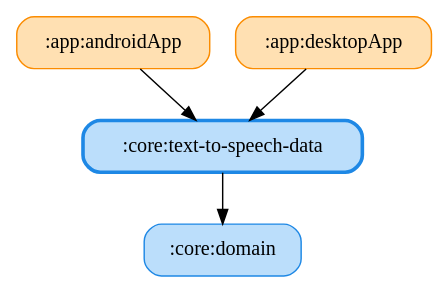
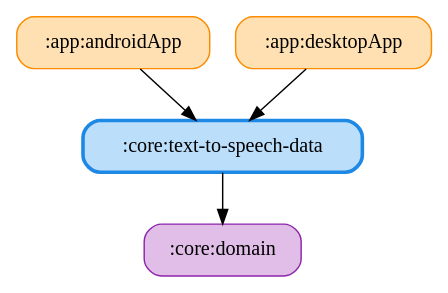
One commit to ai-kurou/KoDriver changed the diagram in docs/graphs/core-text-to-speech-data.gv. Above: the diagram before and after it, drawn with Graphviz. The commit also changed 135 other files, not shown here.

Commit message:
chore: update module graph images

```diff
--- a/docs/graphs/core-text-to-speech-data.gv
+++ b/docs/graphs/core-text-to-speech-data.gv
@@ -1,11 +1,11 @@
 digraph G {
   rankdir=TB
   node [shape=box, style="rounded,filled"]
   ":app:androidApp" [fillcolor="#FFE0B2", color="#FB8C00", penwidth=1]
   ":app:desktopApp" [fillcolor="#FFE0B2", color="#FB8C00", penwidth=1]
-  ":core:domain" [fillcolor="#BBDEFB", color="#1E88E5", penwidth=1]
+  ":core:domain" [fillcolor="#E1BEE7", color="#8E24AA", penwidth=1]
   ":core:text-to-speech-data" [fillcolor="#BBDEFB", color="#1E88E5", penwidth=2.5]
   ":app:androidApp" -> ":core:text-to-speech-data"
   ":app:desktopApp" -> ":core:text-to-speech-data"
   ":core:text-to-speech-data" -> ":core:domain"
 }
```
